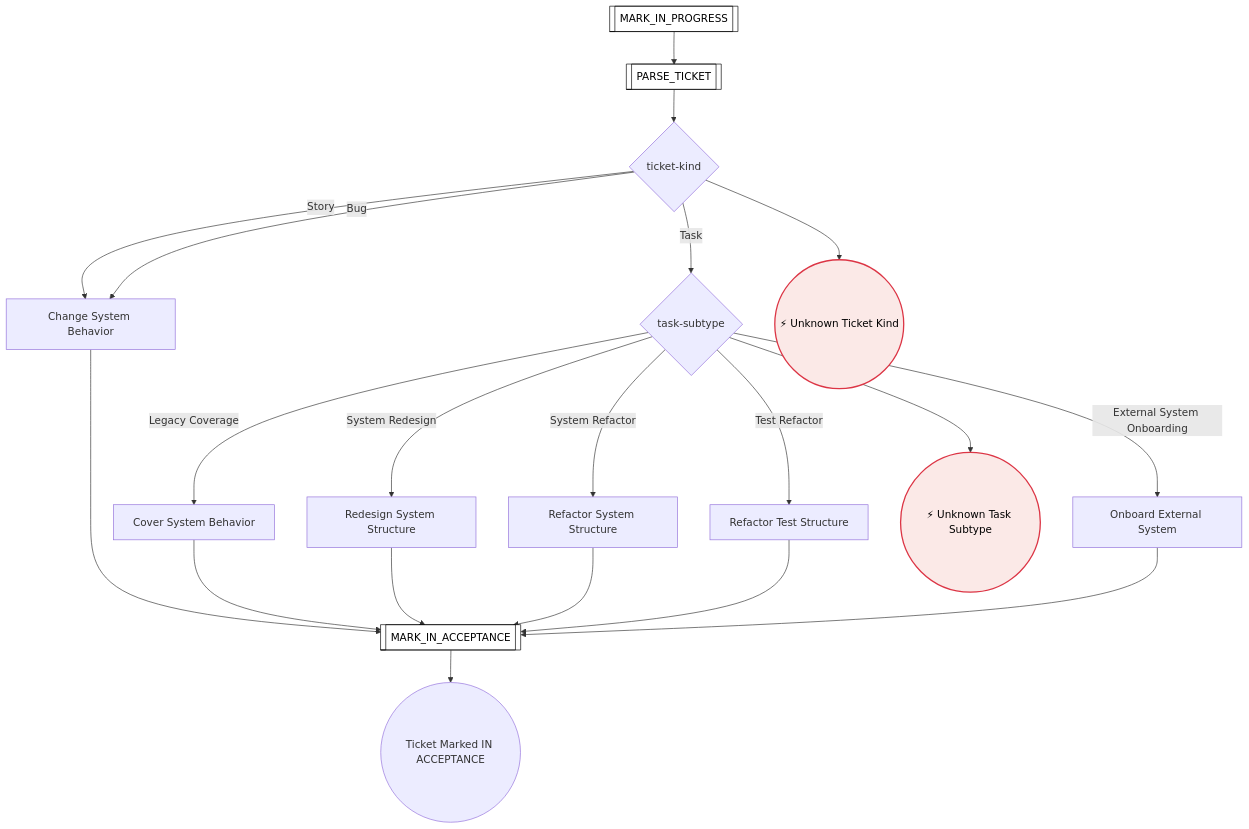
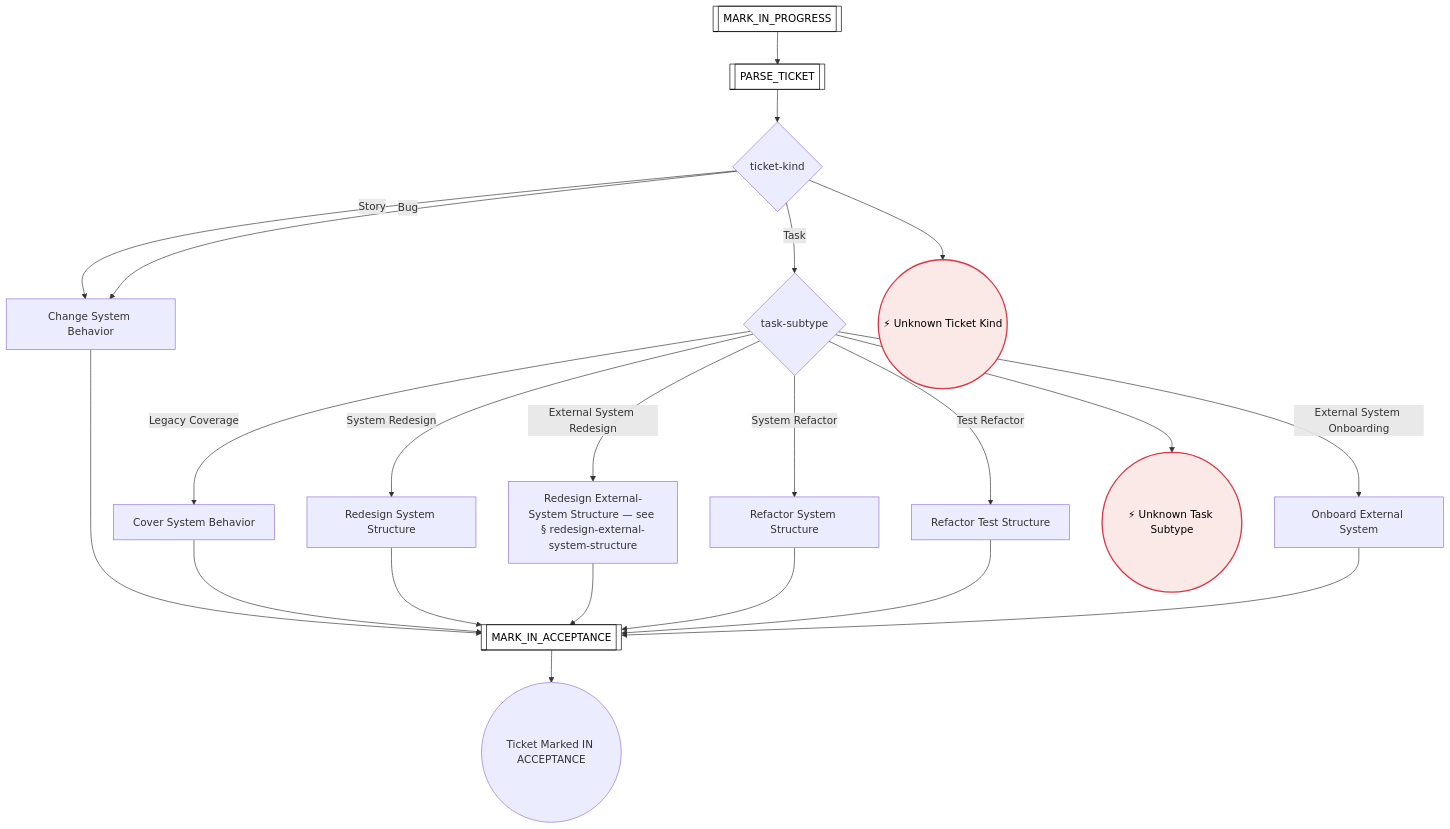
One commit to optivem/gh-optivem changed the fourth of 51 diagrams in docs/process-diagram.md. Above: the diagram before and after it, drawn with Mermaid. The commit also changed other lines of this file and 7 other files, not shown here.

Commit message:
atdd/runtime: split redesign-system-structure into system + external sibling cycles (plan 20260526-1431 Items 1-3)

````diff
--- a/docs/process-diagram.md
+++ b/docs/process-diagram.md
@@ -95,43 +95,46 @@
 ```mermaid
 flowchart TD
     CHANGE_SYSTEM_BEHAVIOR[Change System Behavior]
     COVER_SYSTEM_BEHAVIOR[Cover System Behavior]
     GATE_TASK_SUBTYPE{task-subtype}
     GATE_TICKET_KIND{ticket-kind}
     IMPLEMENT_TICKET_END((Ticket Marked IN ACCEPTANCE))
     MARK_IN_ACCEPTANCE[[MARK_IN_ACCEPTANCE]]
     MARK_IN_PROGRESS[[MARK_IN_PROGRESS]]
     ONBOARD_EXTERNAL_SYSTEM[Onboard External System]
     PARSE_TICKET[[PARSE_TICKET]]
+    REDESIGN_EXTERNAL_SYSTEM_STRUCTURE[Redesign External-System Structure — see § redesign-external-system-structure]
     REDESIGN_SYSTEM_STRUCTURE[Redesign System Structure]
     REFACTOR_SYSTEM_STRUCTURE[Refactor System Structure]
     REFACTOR_TEST_STRUCTURE[Refactor Test Structure]
     UNKNOWN_TASK_SUBTYPE((⚡ Unknown Task Subtype))
     UNKNOWN_TICKET_KIND((⚡ Unknown Ticket Kind))
 
     MARK_IN_PROGRESS --> PARSE_TICKET
     PARSE_TICKET --> GATE_TICKET_KIND
     GATE_TICKET_KIND -- Story --> CHANGE_SYSTEM_BEHAVIOR
     GATE_TICKET_KIND -- Bug --> CHANGE_SYSTEM_BEHAVIOR
     GATE_TICKET_KIND -- Task --> GATE_TASK_SUBTYPE
     GATE_TICKET_KIND --> UNKNOWN_TICKET_KIND
     GATE_TASK_SUBTYPE -- Legacy Coverage --> COVER_SYSTEM_BEHAVIOR
     GATE_TASK_SUBTYPE -- System Redesign --> REDESIGN_SYSTEM_STRUCTURE
+    GATE_TASK_SUBTYPE -- External System Redesign --> REDESIGN_EXTERNAL_SYSTEM_STRUCTURE
     GATE_TASK_SUBTYPE -- System Refactor --> REFACTOR_SYSTEM_STRUCTURE
     GATE_TASK_SUBTYPE -- Test Refactor --> REFACTOR_TEST_STRUCTURE
     GATE_TASK_SUBTYPE -- External System Onboarding --> ONBOARD_EXTERNAL_SYSTEM
     GATE_TASK_SUBTYPE --> UNKNOWN_TASK_SUBTYPE
     CHANGE_SYSTEM_BEHAVIOR --> MARK_IN_ACCEPTANCE
     COVER_SYSTEM_BEHAVIOR --> MARK_IN_ACCEPTANCE
     REDESIGN_SYSTEM_STRUCTURE --> MARK_IN_ACCEPTANCE
+    REDESIGN_EXTERNAL_SYSTEM_STRUCTURE --> MARK_IN_ACCEPTANCE
     REFACTOR_SYSTEM_STRUCTURE --> MARK_IN_ACCEPTANCE
     REFACTOR_TEST_STRUCTURE --> MARK_IN_ACCEPTANCE
     ONBOARD_EXTERNAL_SYSTEM --> MARK_IN_ACCEPTANCE
     MARK_IN_ACCEPTANCE --> IMPLEMENT_TICKET_END
 
     classDef serviceNode fill:#ffffff,stroke:#000000,stroke-width:1px,color:#000000
     class MARK_IN_ACCEPTANCE,MARK_IN_PROGRESS,PARSE_TICKET serviceNode
 
     classDef errorEndNode fill:#fbe9e7,stroke:#dc3545,stroke-width:2px,color:#000000
     class UNKNOWN_TASK_SUBTYPE,UNKNOWN_TICKET_KIND errorEndNode
 ```
````
